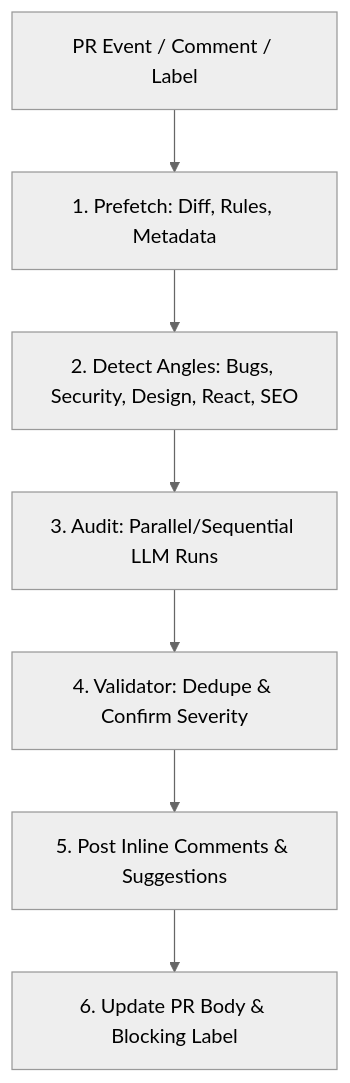
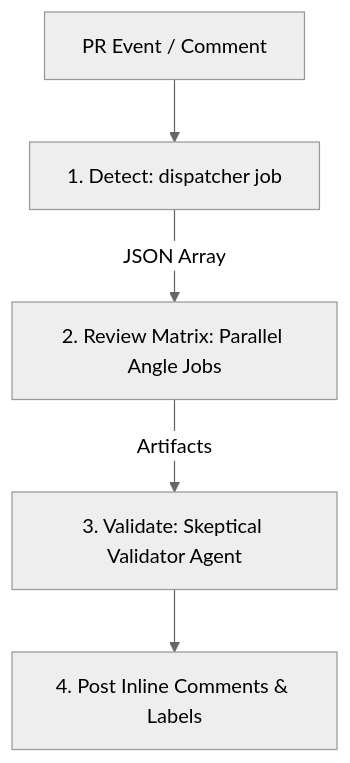
The diagram in README.md (howarewoo/woo-review), drawn with Mermaid (neutral theme) before and after one commit. The commit also changed other lines of this file, not shown here.

Commit message:
docs: update README for parallel matrix architecture and 2026 model flagships

````diff
--- a/README.md
+++ b/README.md
@@ -14,9 +13,7 @@
 ```mermaid
 graph TD
-    Trigger[PR Event / Comment / Label] --> Prefetch[1. Prefetch: Diff, Rules, Metadata]
-    Prefetch --> Detect[2. Detect Angles: Bugs, Security, Design, React, SEO]
-    Detect --> Audit[3. Audit: Parallel/Sequential LLM Runs]
-    Audit --> Validate[4. Validator: Dedupe & Confirm Severity]
-    Validate --> Post[5. Post Inline Comments & Suggestions]
-    Post --> Update[6. Update PR Body & Blocking Label]
+    Trigger[PR Event / Comment] --> Detect[1. Detect: dispatcher job]
+    Detect -- JSON Array --> Matrix[2. Review Matrix: Parallel Angle Jobs]
+    Matrix -- Artifacts --> Validate[3. Validate: Skeptical Validator Agent]
+    Validate --> Post[4. Post Inline Comments & Labels]
 ```
````
